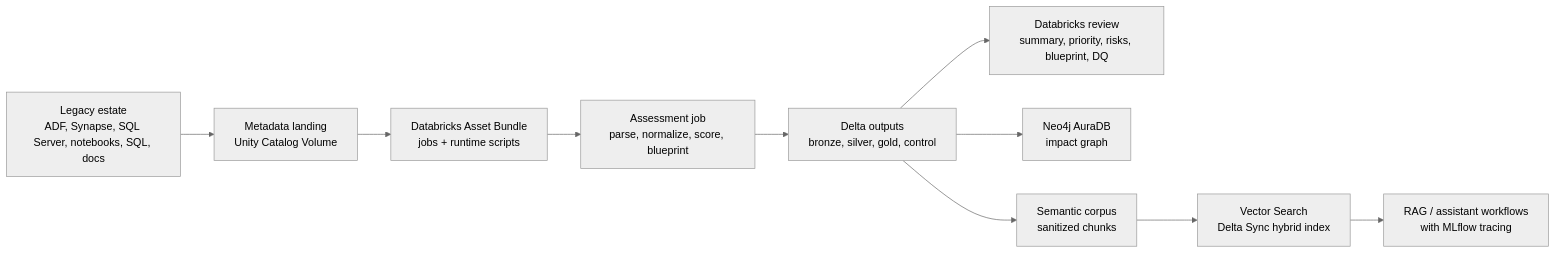
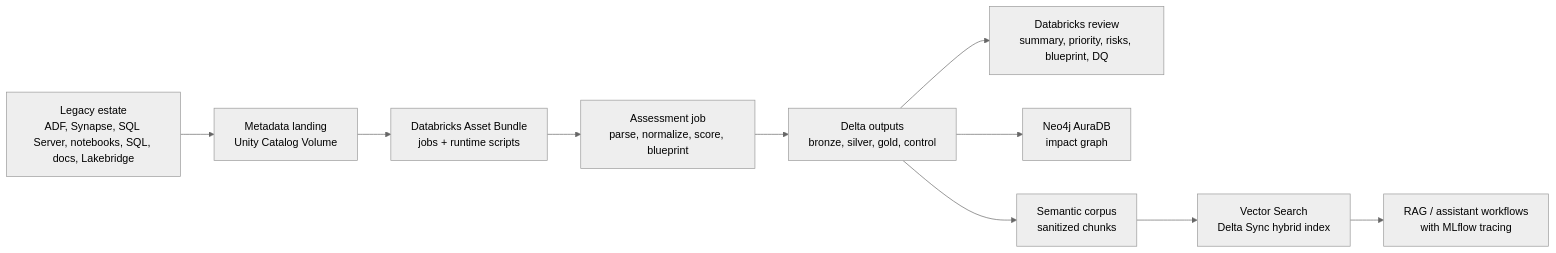
The diagram in docs/06_REPOSITORY_ARCHITECTURE.md (Rafavermar/Modern-Migration-Acelerator-Databricks), drawn with Mermaid (neutral theme) before and after one commit. The commit also changed other lines of this file and 13 other files, not shown here.

````diff
--- a/docs/06_REPOSITORY_ARCHITECTURE.md
+++ b/docs/06_REPOSITORY_ARCHITECTURE.md
@@ -19,12 +19,12 @@
 ```mermaid
 flowchart LR
-    A[Legacy estate\nADF, Synapse, SQL Server, notebooks, SQL, docs] --> B[Metadata landing\nUnity Catalog Volume]
+    A[Legacy estate\nADF, Synapse, SQL Server, notebooks, SQL, docs, Lakebridge] --> B[Metadata landing\nUnity Catalog Volume]
     B --> C[Databricks Asset Bundle\njobs + runtime scripts]
     C --> D[Assessment job\nparse, normalize, score, blueprint]
     D --> E[Delta outputs\nbronze, silver, gold, control]
     E --> F[Databricks review\nsummary, priority, risks, blueprint, DQ]
     E --> G[Neo4j AuraDB\nimpact graph]
     E --> H[Semantic corpus\nsanitized chunks]
     H --> I[Vector Search\nDelta Sync hybrid index]
     I --> J[RAG / assistant workflows\nwith MLflow tracing]
 ```
````
